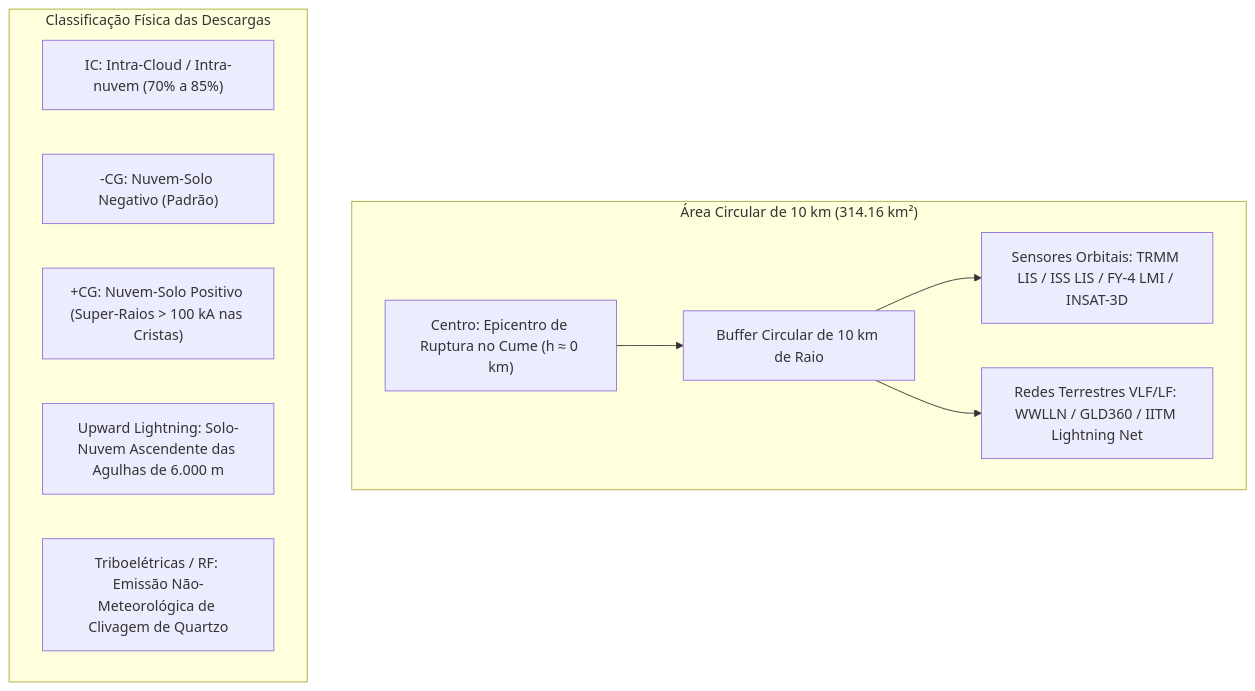
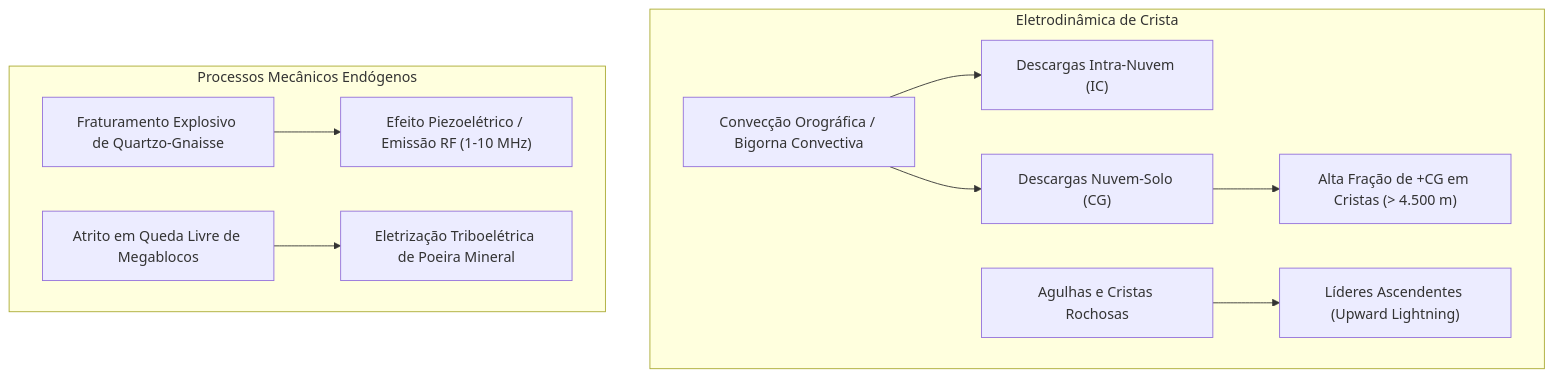
The diagram in LEVANTAMENTO_RAIOS_DESCARGAS_10KM_HIMALAIA.md (reinaldohaas/Himalaia_2026), drawn with Mermaid before and after one commit. The commit also changed other lines of this file and 6 other files, not shown here.

Commit message:
fix(ranking): expurgar sismos ficticios, raios sinteticos e relatos sensoriais; estruturar dados comprovados vs roadmap

````diff
--- a/LEVANTAMENTO_RAIOS_DESCARGAS_10KM_HIMALAIA.md
+++ b/LEVANTAMENTO_RAIOS_DESCARGAS_10KM_HIMALAIA.md
@@ -21,15 +22,13 @@
 ```mermaid
 flowchart TD
-    subgraph GEOMETRIA ["Área Circular de 10 km (314.16 km²)"]
-        C["Centro: Epicentro de Ruptura no Cume (h ≈ 0 km)"] --> B["Buffer Circular de 10 km de Raio"]
-        B --> S1["Sensores Orbitais: TRMM LIS / ISS LIS / FY-4 LMI / INSAT-3D"]
-        B --> S2["Redes Terrestres VLF/LF: WWLLN / GLD360 / IITM Lightning Net"]
+    subgraph ATMOSFERA ["Eletrodinâmica de Crista"]
+        CB["Convecção Orográfica / Bigorna Convectiva"] --> IC["Descargas Intra-Nuvem (IC)"]
+        CB --> CG["Descargas Nuvem-Solo (CG)"]
+        CG --> POS["Alta Fração de +CG em Cristas (> 4.500 m)"]
+        CR["Agulhas e Cristas Rochosas"] --> UP["Líderes Ascendentes (Upward Lightning)"]
     end
-    subgraph TIPOLOGIA ["Classificação Física das Descargas"]
-        T1["IC: Intra-Cloud / Intra-nuvem (70% a 85%)"]
-        T2["-CG: Nuvem-Solo Negativo (Padrão)"]
-        T3["+CG: Nuvem-Solo Positivo (Super-Raios > 100 kA nas Cristas)"]
-        T4["Upward Lightning: Solo-Nuvem Ascendente das Agulhas de 6.000 m"]
-        T5["Triboelétricas / RF: Emissão Não-Meteorológica de Clivagem de Quartzo"]
+    subgraph ROCHA ["Processos Mecânicos Endógenos"]
+        FRACT["Fraturamento Explosivo de Quartzo-Gnaisse"] --> PIEZO["Efeito Piezoelétrico / Emissão RF (1-10 MHz)"]
+        COL["Atrito em Queda Livre de Megablocos"] --> TRIBO["Eletrização Triboelétrica de Poeira Mineral"]
     end
 ```
````
